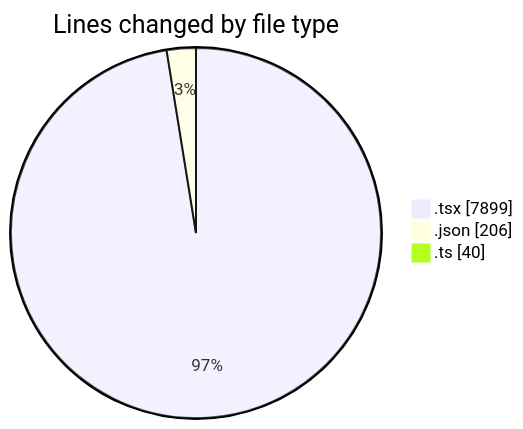
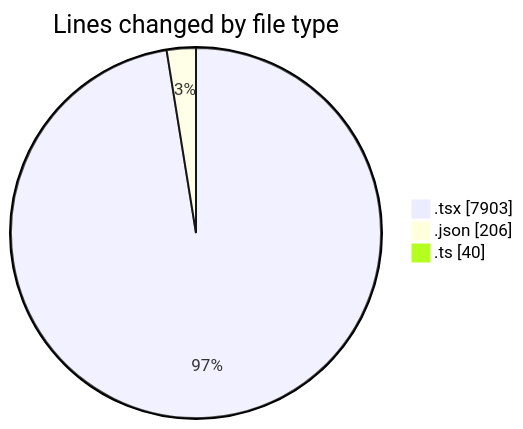
Before and after one commit to momahboobian/code-tracking: the first of 2 diagrams in 2026-11-13/broadcaster-v6-feature/README.md, drawn with Mermaid. The commit also changed other lines of this file and 1 other file, not shown here.

````diff
--- a/2026-11-13/broadcaster-v6-feature/README.md
+++ b/2026-11-13/broadcaster-v6-feature/README.md
@@ -49,7 +49,7 @@
 ```mermaid
 pie showData
 title Lines changed by file type
-".tsx" : 7899
+".tsx" : 7903
 ".json" : 206
 ".ts" : 40
 ```
````
